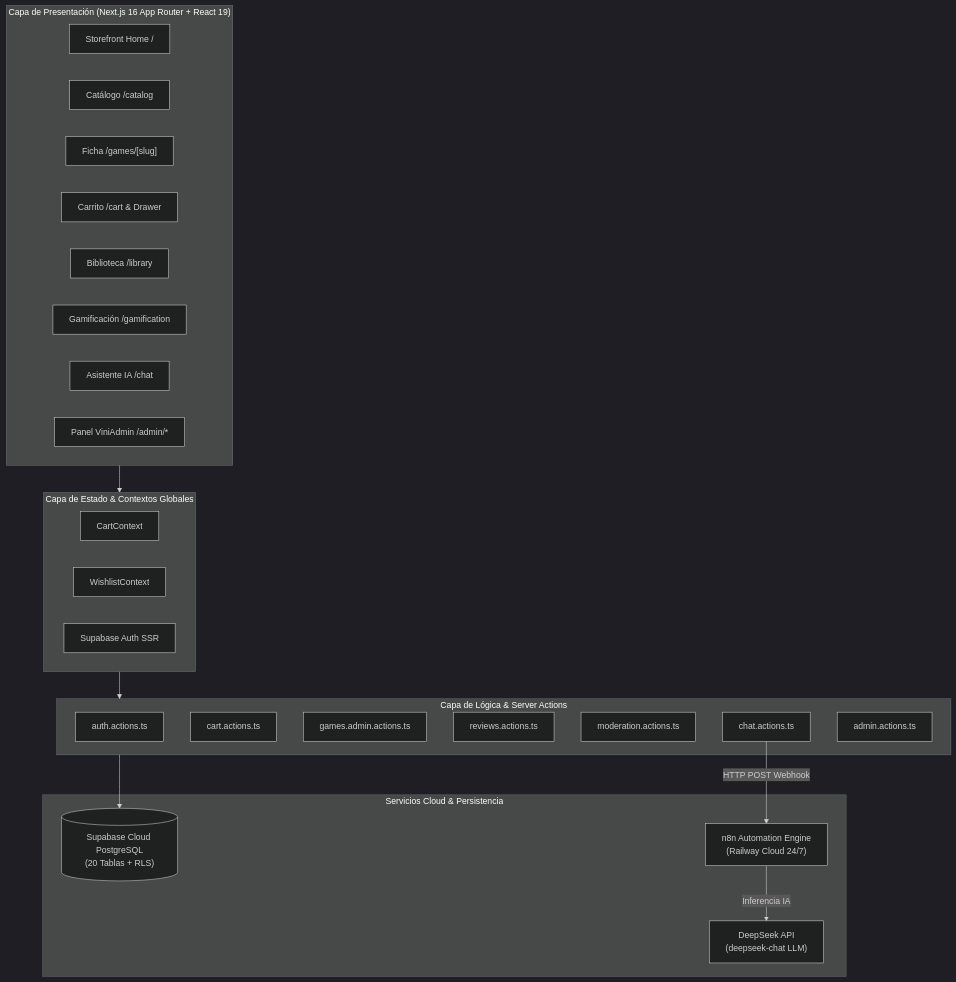
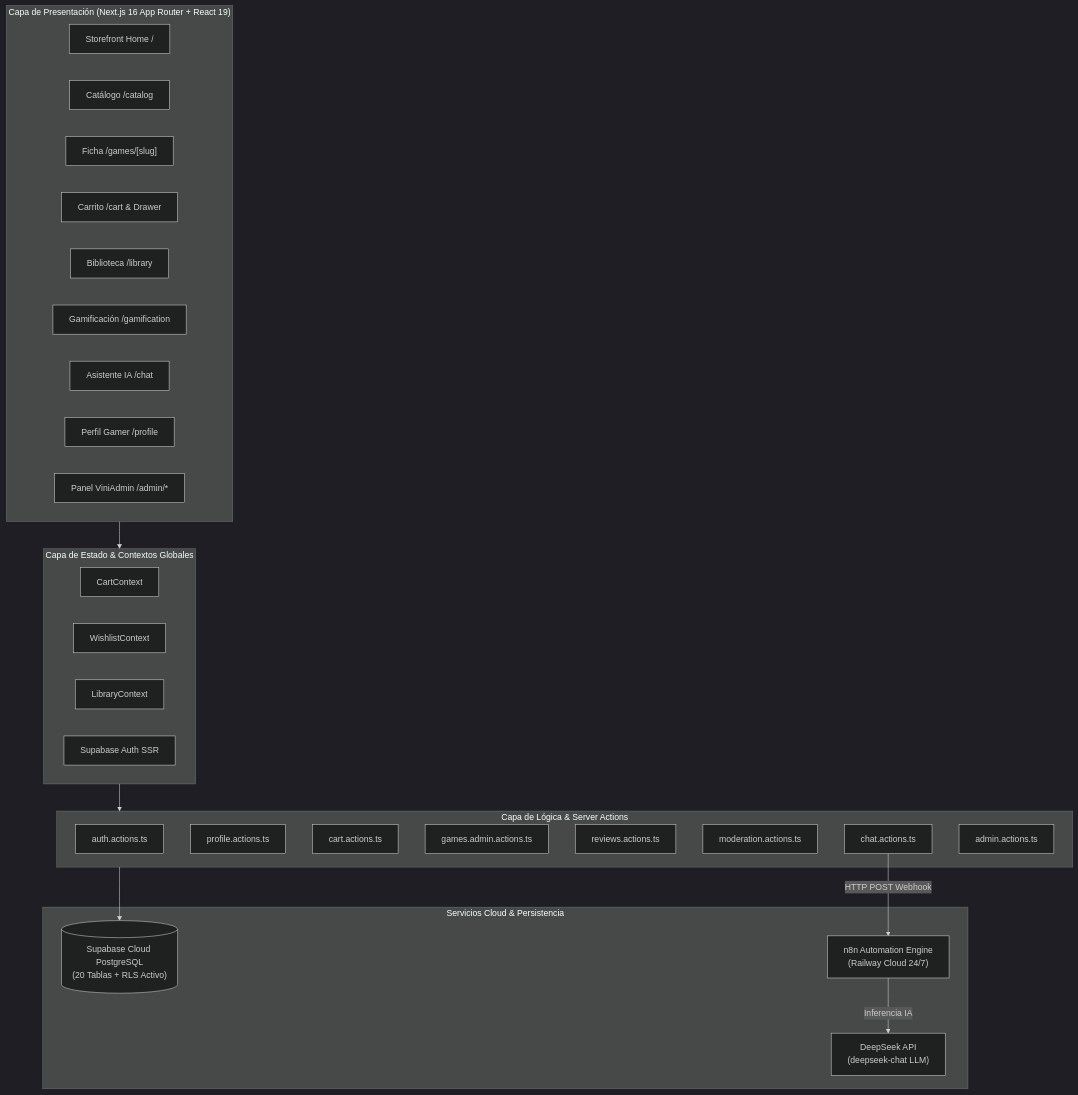
The second of 2 diagrams in README.md (sergiam071105-ai/Vini-Games), drawn with Mermaid (dark theme) before and after one commit. The commit also changed other lines of this file, not shown here.

````diff
--- a/README.md
+++ b/README.md
@@ -52,41 +51,44 @@
 ```mermaid
 graph TD
     subgraph Client ["Capa de Presentación (Next.js 16 App Router + React 19)"]
         UI_Home["Storefront Home /"]
         UI_Cat["Catálogo /catalog"]
         UI_Game["Ficha /games/[slug]"]
         UI_Cart["Carrito /cart & Drawer"]
         UI_Lib["Biblioteca /library"]
         UI_Gam["Gamificación /gamification"]
         UI_Chat["Asistente IA /chat"]
+        UI_Profile["Perfil Gamer /profile"]
         UI_Admin["Panel ViniAdmin /admin/*"]
     end
 
     subgraph State ["Capa de Estado & Contextos Globales"]
         CTX_Cart["CartContext"]
         CTX_Wish["WishlistContext"]
+        CTX_Lib["LibraryContext"]
         CTX_Auth["Supabase Auth SSR"]
     end
 
     subgraph ServerActions ["Capa de Lógica & Server Actions"]
         SA_Auth["auth.actions.ts"]
+        SA_Profile["profile.actions.ts"]
         SA_Cart["cart.actions.ts"]
         SA_Games["games.admin.actions.ts"]
         SA_Reviews["reviews.actions.ts"]
         SA_Mod["moderation.actions.ts"]
         SA_Chat["chat.actions.ts"]
         SA_Admin["admin.actions.ts"]
     end
 
     subgraph External ["Servicios Cloud & Persistencia"]
-        DB[("Supabase Cloud PostgreSQL\n(20 Tablas + RLS)")]
+        DB[("Supabase Cloud PostgreSQL\n(20 Tablas + RLS Activo)")]
         N8N["n8n Automation Engine\n(Railway Cloud 24/7)"]
         DeepSeek["DeepSeek API\n(deepseek-chat LLM)"]
     end
 
     Client --> State
     State --> ServerActions
     ServerActions --> DB
     SA_Chat -->|HTTP POST Webhook| N8N
     N8N -->|Inferencia IA| DeepSeek
 ```
````
